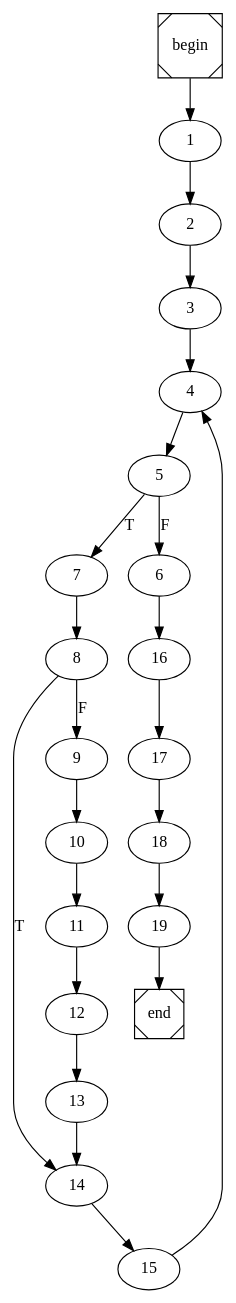
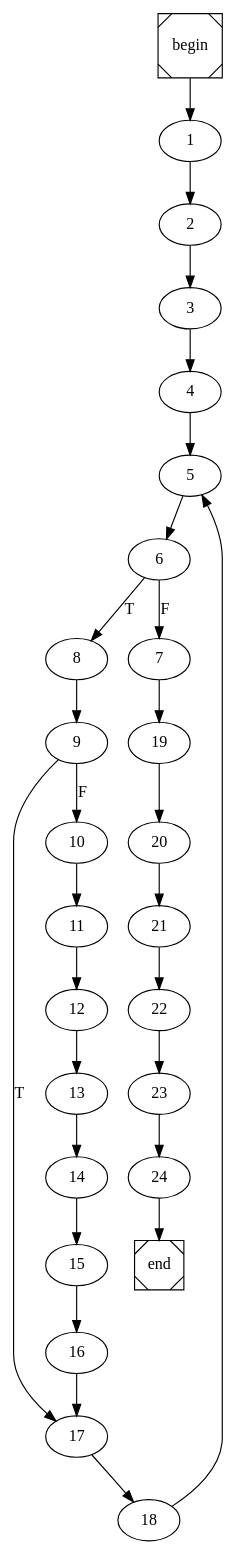
The diagram in partition.dot (pedrojfs17/FEUP-COMP), drawn with Graphviz before and after one commit. The commit also changed 16 other files, not shown here.

```diff
--- a/partition.dot
+++ b/partition.dot
@@ -1,4 +1,4 @@
 digraph cfg {
 	begin [shape=Msquare];
 	end [shape=Msquare];
-	begin -> 1;	1 -> 2;	2 -> 3;	3 -> 4;	4 -> 5;	5 -> 7[label=T];	5 -> 6[label=F];	6 -> 16;	7 -> 8;	8 -> 14[label=T];	8 -> 9[label=F];	9 -> 10;	10 -> 11;	11 -> 12;	12 -> 13;	13 -> 14;	14 -> 15;	15 -> 4;	16 -> 17;	17 -> 18;	18 -> 19;	19 -> end;}
+	begin -> 1;	1 -> 2;	2 -> 3;	3 -> 4;	4 -> 5;	5 -> 6;	6 -> 8[label=T];	6 -> 7[label=F];	7 -> 19;	8 -> 9;	9 -> 17[label=T];	9 -> 10[label=F];	10 -> 11;	11 -> 12;	12 -> 13;	13 -> 14;	14 -> 15;	15 -> 16;	16 -> 17;	17 -> 18;	18 -> 5;	19 -> 20;	20 -> 21;	21 -> 22;	22 -> 23;	23 -> 24;	24 -> end;}
```
